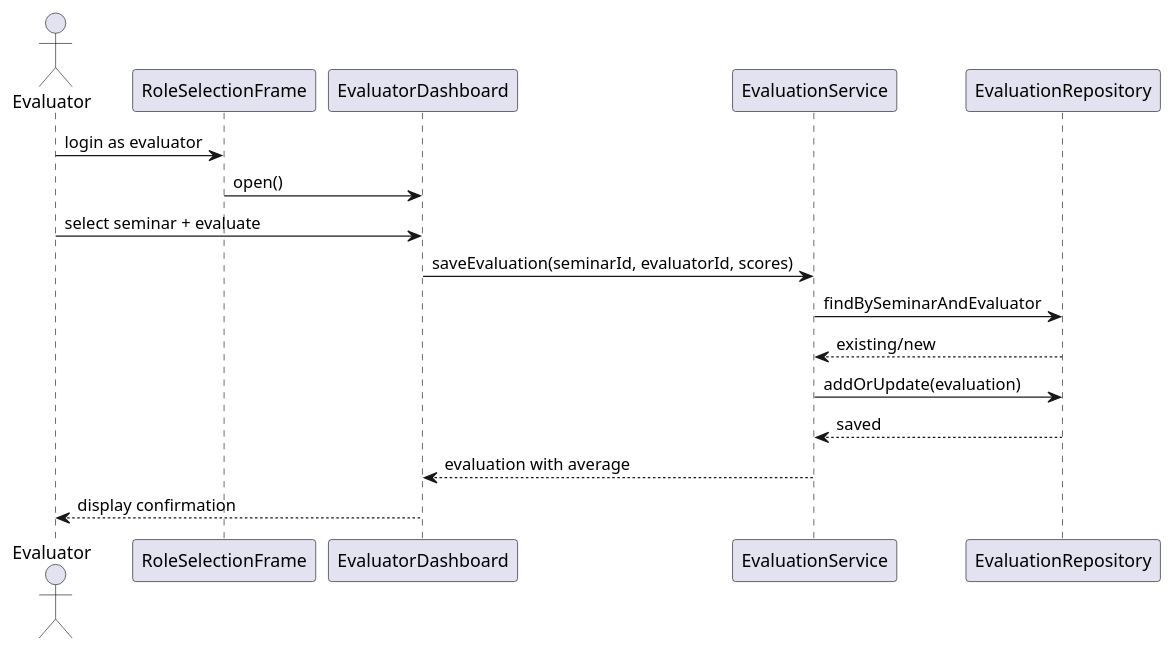
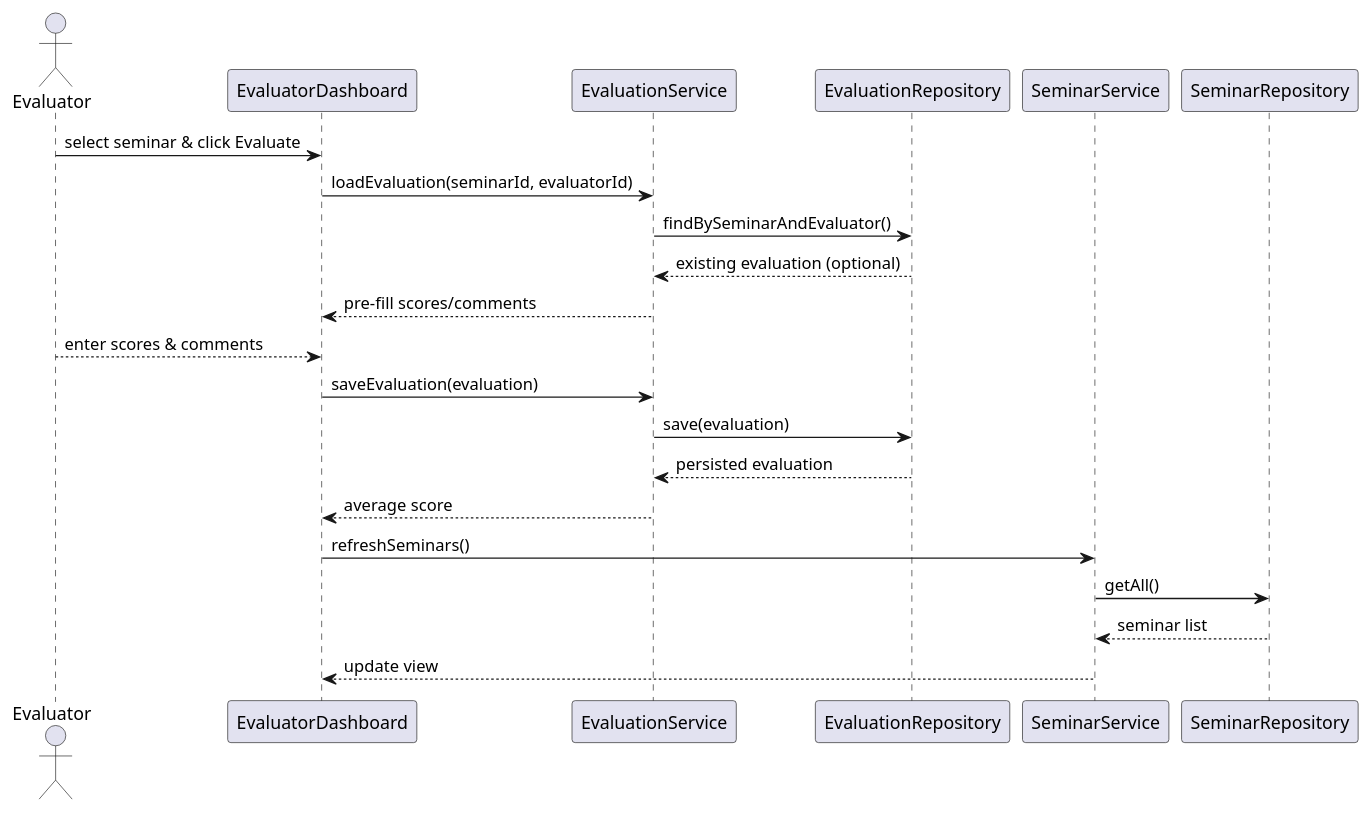
One commit to ASHRAF-2004/Seminar-Management-System changed the diagram in diagrams/sequence_evaluator.puml. Above: the diagram before and after it, drawn with PlantUML. The commit also changed 4 other files, not shown here.

Commit message:
Add markdown report and refresh UML diagrams

```diff
--- a/diagrams/sequence_evaluator.puml
+++ b/diagrams/sequence_evaluator.puml
@@ -1,18 +1,23 @@
 @startuml
 actor Evaluator
-participant RoleSelectionFrame
 participant EvaluatorDashboard
 participant EvaluationService
 participant EvaluationRepository
+participant SeminarService
+participant SeminarRepository
 
-Evaluator -> RoleSelectionFrame: login as evaluator
-RoleSelectionFrame -> EvaluatorDashboard: open()
-Evaluator -> EvaluatorDashboard: select seminar + evaluate
-EvaluatorDashboard -> EvaluationService: saveEvaluation(seminarId, evaluatorId, scores)
-EvaluationService -> EvaluationRepository: findBySeminarAndEvaluator
-EvaluationRepository --> EvaluationService: existing/new
-EvaluationService -> EvaluationRepository: addOrUpdate(evaluation)
-EvaluationRepository --> EvaluationService: saved
-EvaluationService --> EvaluatorDashboard: evaluation with average
-EvaluatorDashboard --> Evaluator: display confirmation
+Evaluator -> EvaluatorDashboard : select seminar & click Evaluate
+EvaluatorDashboard -> EvaluationService : loadEvaluation(seminarId, evaluatorId)
+EvaluationService -> EvaluationRepository : findBySeminarAndEvaluator()
+EvaluationRepository --> EvaluationService : existing evaluation (optional)
+EvaluationService --> EvaluatorDashboard : pre-fill scores/comments
+Evaluator --> EvaluatorDashboard : enter scores & comments
+EvaluatorDashboard -> EvaluationService : saveEvaluation(evaluation)
+EvaluationService -> EvaluationRepository : save(evaluation)
+EvaluationRepository --> EvaluationService : persisted evaluation
+EvaluationService --> EvaluatorDashboard : average score
+EvaluatorDashboard -> SeminarService : refreshSeminars()
+SeminarService -> SeminarRepository : getAll()
+SeminarRepository --> SeminarService : seminar list
+SeminarService --> EvaluatorDashboard : update view
 @enduml
```
